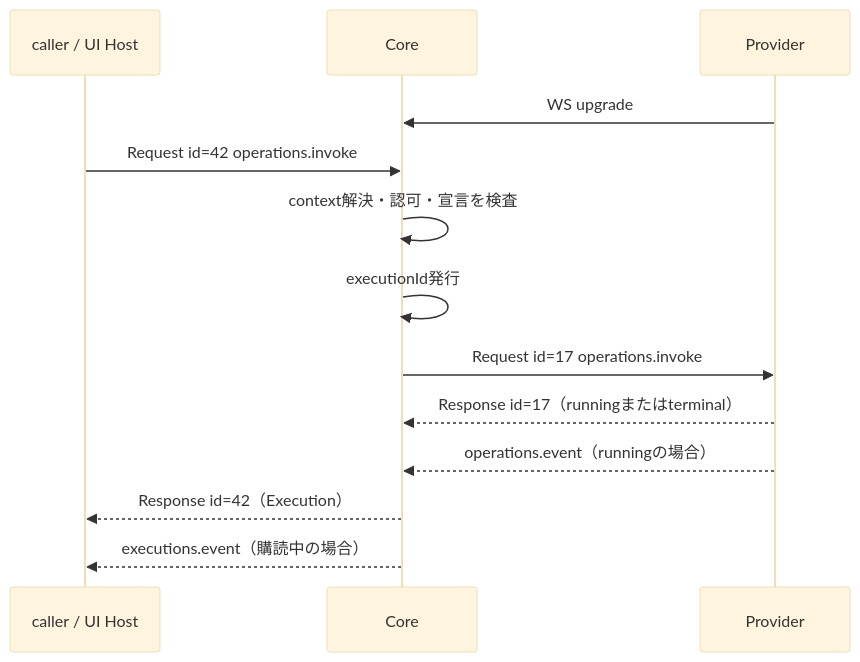
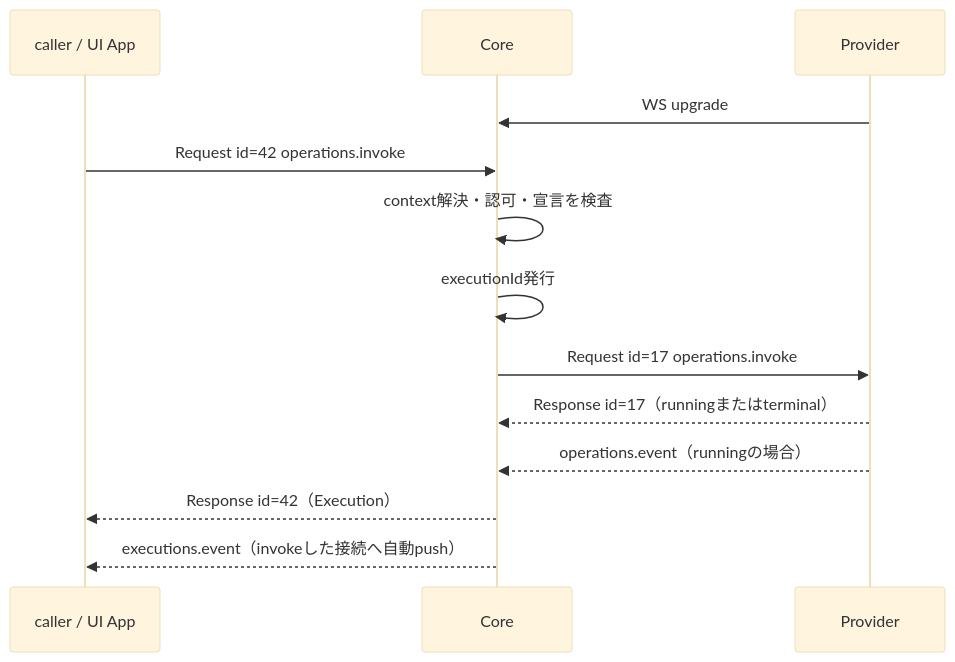
One commit to naatin777/plugumi changed the second of 2 diagrams in docs/contracts/00004-plugin-client-protocol.md. Above: the diagram before and after it, drawn with Mermaid (base theme). The commit also changed other lines of this file and 321 other files, not shown here.

````diff
--- a/docs/contracts/00004-plugin-client-protocol.md
+++ b/docs/contracts/00004-plugin-client-protocol.md
@@ -327,15 +375,15 @@
 ```mermaid
 sequenceDiagram
-    participant A as caller / UI Host
+    participant A as caller / UI App
     participant C as Core
     participant B as Provider
     B->>C: WS upgrade
     A->>C: Request id=42 operations.invoke
     C->>C: context解決・認可・宣言を検査
     C->>C: executionId発行
     C->>B: Request id=17 operations.invoke
     B-->>C: Response id=17（runningまたはterminal）
     B-->>C: operations.event（runningの場合）
     C-->>A: Response id=42（Execution）
-    C-->>A: executions.event（購読中の場合）
+    C-->>A: executions.event（invokeした接続へ自動push）
 ```
````
